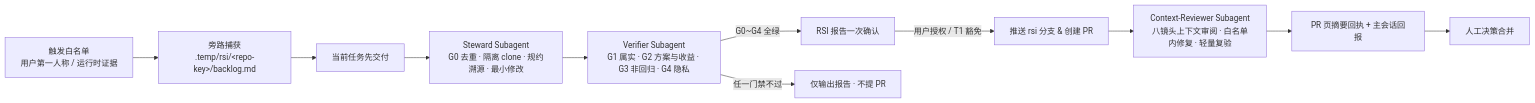
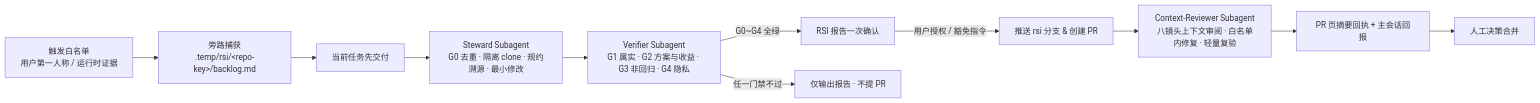
Before and after one commit to ThreeFish-AI/rsi: the diagram in references/protocol.md, drawn with Mermaid.

Commit message:
fix(protocol): §1 图「T1 豁免」边标签同步三档口径——裸档为全分级免确认，改为「豁免指令」;
rsi ctx-review: F1 谱系 L2 词汇对齐——本 PR 定义裸档=全部分级免确认后，图示边「用户授权 / T1 豁免」未覆盖 T2/T3 豁免路径；按 4acac8d/f31cb20 先例做口径同步微修，不触碰门禁语义

````diff
--- a/references/protocol.md
+++ b/references/protocol.md
@@ -17,13 +17,13 @@
 ```mermaid
 flowchart LR
     T["触发白名单<br/>用户第一人称 / 运行时证据"] --> C["旁路捕获<br/>.temp/rsi/&lt;repo-key&gt;/backlog.md"]
     C --> D["当前任务先交付"]
     D --> S["Steward Subagent<br/>G0 去重 · 隔离 clone · 规约溯源 · 最小修改"]
     S --> V["Verifier Subagent<br/>G1 属实 · G2 方案与收益 · G3 非回归 · G4 隐私"]
     V -- "G0~G4 全绿" --> A["RSI 报告一次确认"]
-    A -- "用户授权 / T1 豁免" --> P["推送 rsi 分支 &amp; 创建 PR"]
+    A -- "用户授权 / 豁免指令" --> P["推送 rsi 分支 &amp; 创建 PR"]
     P --> X["Context-Reviewer Subagent<br/>八镜头上下文审阅 · 白名单内修复 · 轻量复验"]
     X --> M["PR 页摘要回执 + 主会话回报"]
     M --> H["人工决策合并"]
     V -- "任一门禁不过" --> R["仅输出报告 · 不提 PR"]
 ```
````
